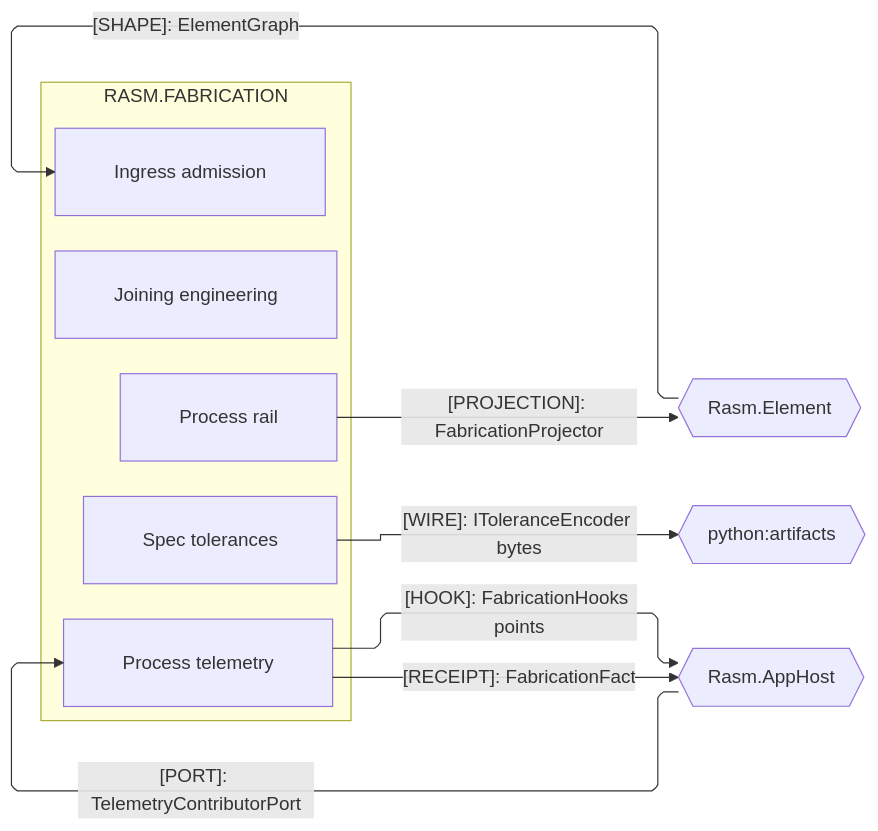
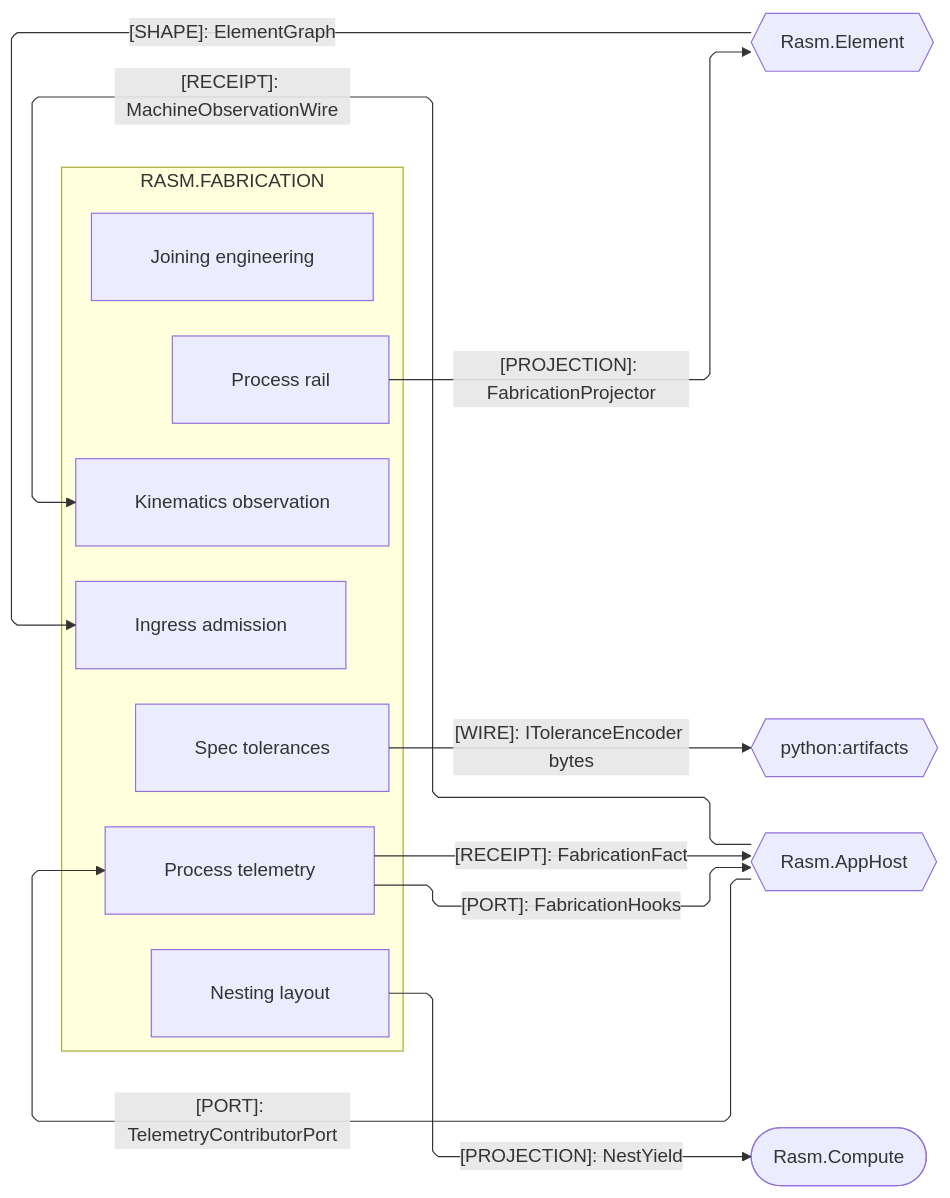
One commit to bsamiee/Rasm changed the second of 3 diagrams in libs/csharp/Rasm.Fabrication/ARCHITECTURE.md. Above: the diagram before and after it, drawn with Mermaid. The commit also changed other lines of this file and 486 other files, not shown here.

````diff
--- a/libs/csharp/Rasm.Fabrication/ARCHITECTURE.md
+++ b/libs/csharp/Rasm.Fabrication/ARCHITECTURE.md
@@ -195,28 +195,33 @@
 ```mermaid
 ---
 config:
   layout: elk
   flowchart:
     curve: linear
     padding: 25
 ---
 flowchart LR
     accTitle: Fabrication AEC-domain peer seams
-    accDescr: Fabrication exchanges its registered projector and admitted graph shape with Element, publishes the tolerance wire to the Python artifacts plane, and sends its telemetry fact envelopes to the AppHost receipt rail; peer implementation shapes never cross any seam.
+    accDescr: Fabrication owners exchanging projector, graph, tolerance, yield, and telemetry contracts with the AEC peers and the artifacts plane.
     subgraph fabrication[RASM.FABRICATION]
         Process[Process rail]
         Telemetry[Process telemetry]
         Ingress[Ingress admission]
         Joining[Joining engineering]
+        Kinematics[Kinematics observation]
+        Nesting[Nesting layout]
         Spec[Spec tolerances]
     end
     Element{{Rasm.Element}}
     Artifacts{{python:artifacts}}
     AppHost{{Rasm.AppHost}}
+    Compute([Rasm.Compute])
     Process e1@-->|"[PROJECTION]: FabricationProjector"| Element
     Element e2@-->|"[SHAPE]: ElementGraph"| Ingress
     Spec e8@-->|"[WIRE]: IToleranceEncoder bytes"| Artifacts
     Telemetry e9@-->|"[RECEIPT]: FabricationFact"| AppHost
     AppHost e10@-->|"[PORT]: TelemetryContributorPort"| Telemetry
-    Telemetry e11@-->|"[HOOK]: FabricationHooks points"| AppHost
+    Telemetry e11@-->|"[PORT]: FabricationHooks"| AppHost
+    AppHost e12@-->|"[RECEIPT]: MachineObservationWire"| Kinematics
+    Nesting e13@-->|"[PROJECTION]: NestYield"| Compute
 ```
````
